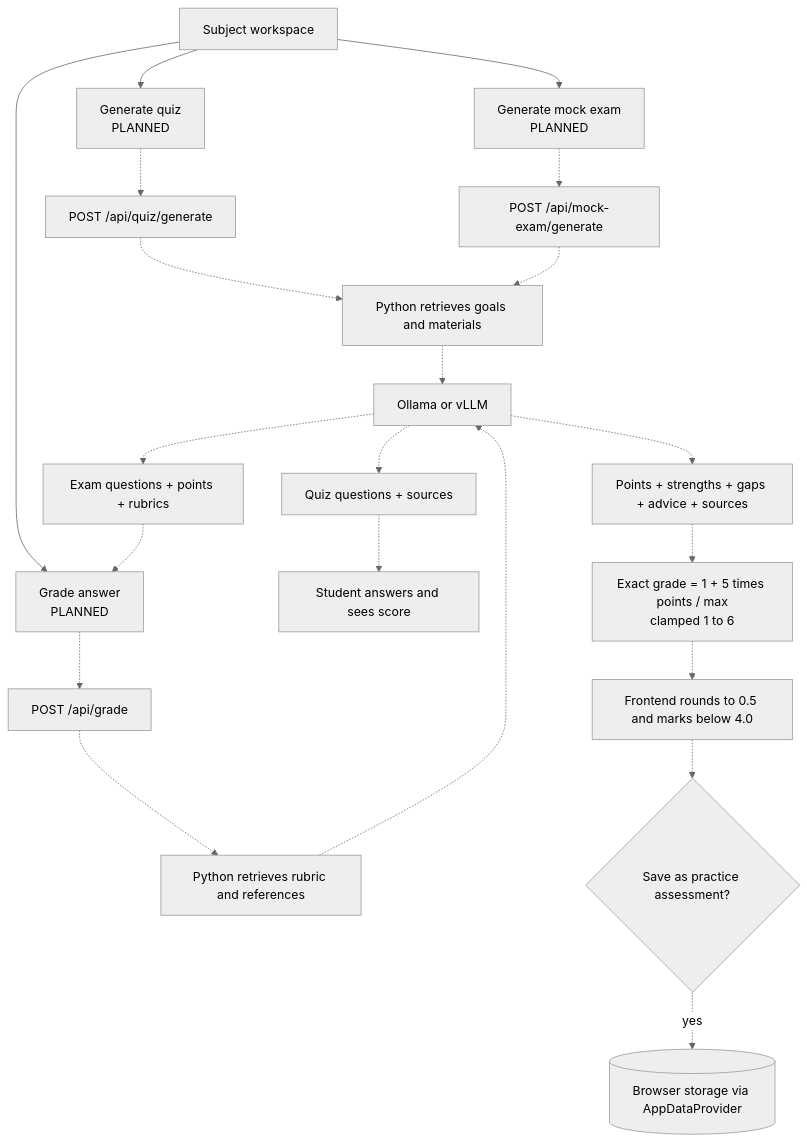
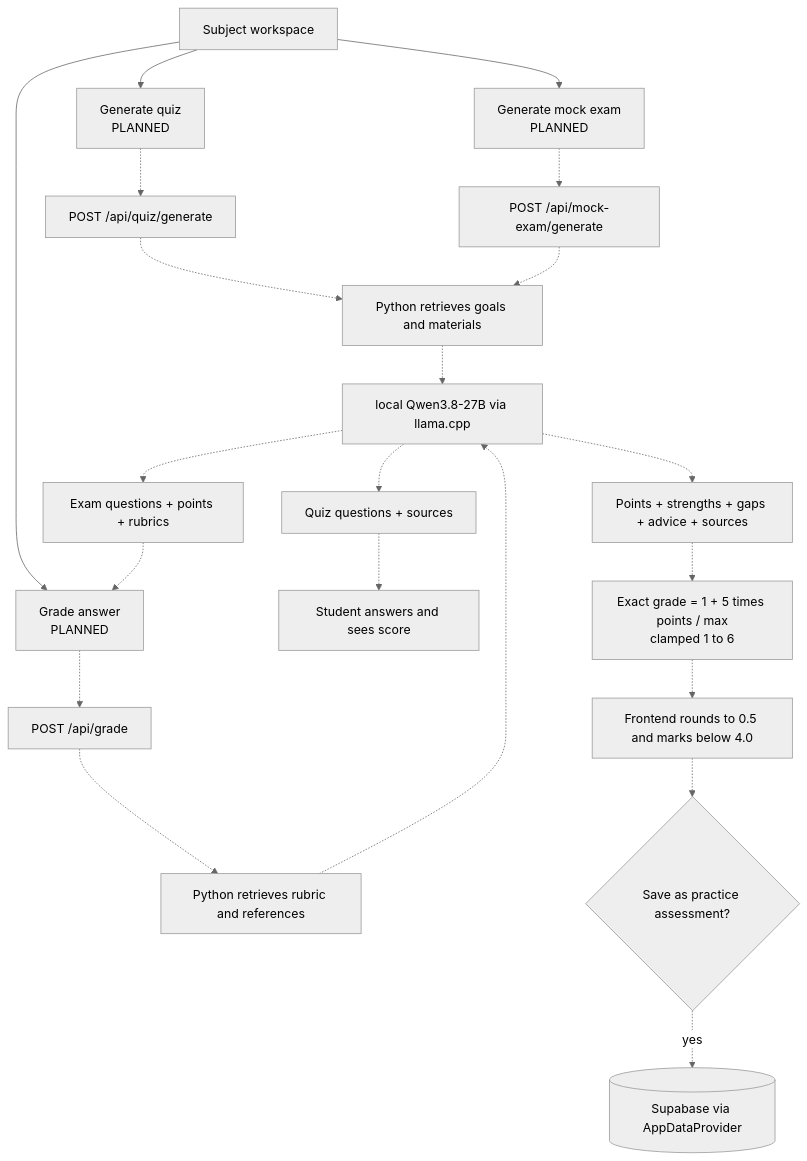
Before and after one commit to keyshavmor/study-swiss-star: diagram 12 of 15 in lovabledocs/FULL_APP_WIREFRAMES.md, drawn with Mermaid (neutral theme). The commit also changed other lines of this file and 118 other files, not shown here.

````diff
--- a/lovabledocs/FULL_APP_WIREFRAMES.md
+++ b/lovabledocs/FULL_APP_WIREFRAMES.md
@@ -364,23 +362,23 @@
 ```mermaid
 flowchart TD
   Subject[Subject workspace] --> Quiz[Generate quiz\nPLANNED]
   Subject --> Exam[Generate mock exam\nPLANNED]
   Subject --> Grade[Grade answer\nPLANNED]
   Quiz -.-> QAPI[POST /api/quiz/generate]
   Exam -.-> EAPI[POST /api/mock-exam/generate]
   Grade -.-> GAPI[POST /api/grade]
   QAPI -.-> Retrieve[Python retrieves goals and materials]
   EAPI -.-> Retrieve
   GAPI -.-> Rubric[Python retrieves rubric and references]
-  Retrieve -.-> Model[Ollama or vLLM]
+  Retrieve -.-> Model[local Qwen3.8-27B via llama.cpp]
   Rubric -.-> Model
   Model -.-> QuizUI[Quiz questions + sources]
   Model -.-> ExamUI[Exam questions + points + rubrics]
   Model -.-> Result[Points + strengths + gaps + advice + sources]
   QuizUI -.-> Answers[Student answers and sees score]
   ExamUI -.-> Grade
   Result -.-> Formula[Exact grade = 1 + 5 times points / max\nclamped 1 to 6]
   Formula -.-> Display[Frontend rounds to 0.5 and marks below 4.0]
   Display -.-> Confirm{Save as practice assessment?}
-  Confirm -. yes .-> Local[(Browser storage via AppDataProvider)]
+  Confirm -. yes .-> Local[(Supabase via AppDataProvider)]
 ```
````
